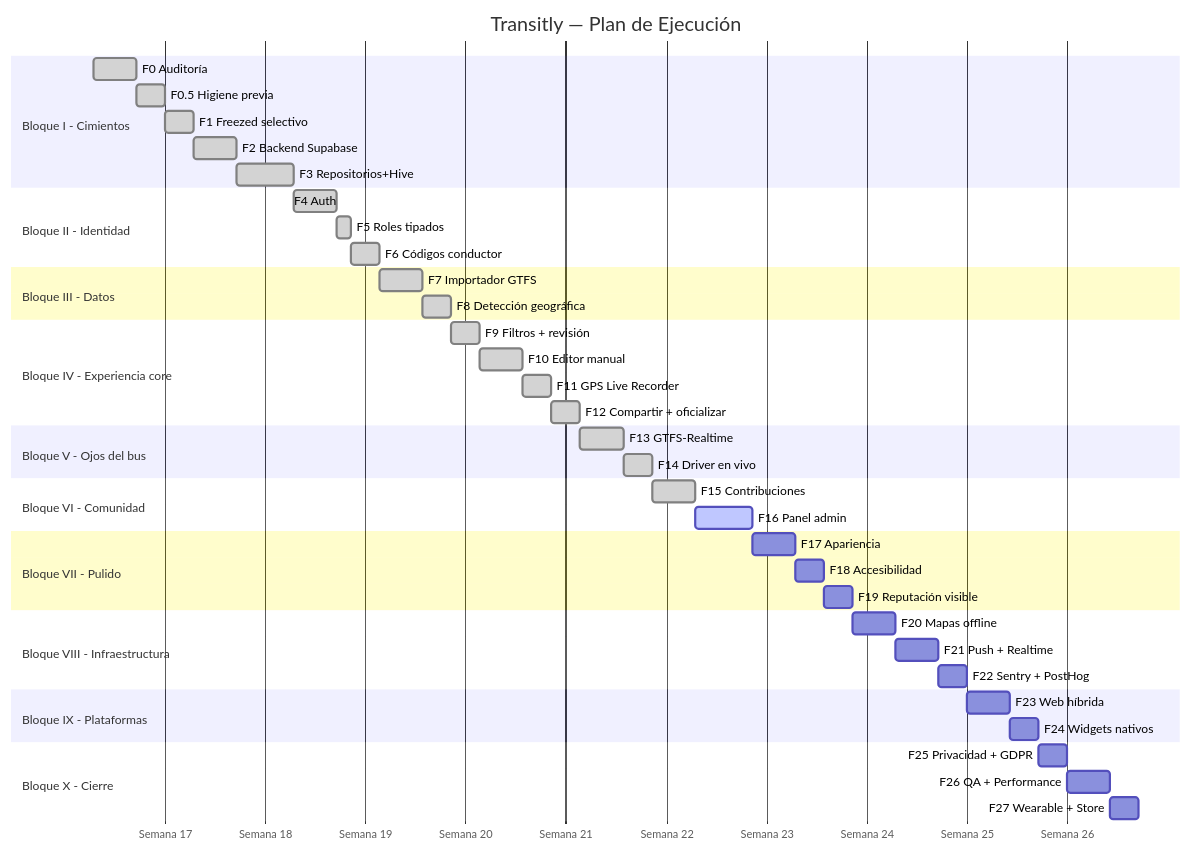
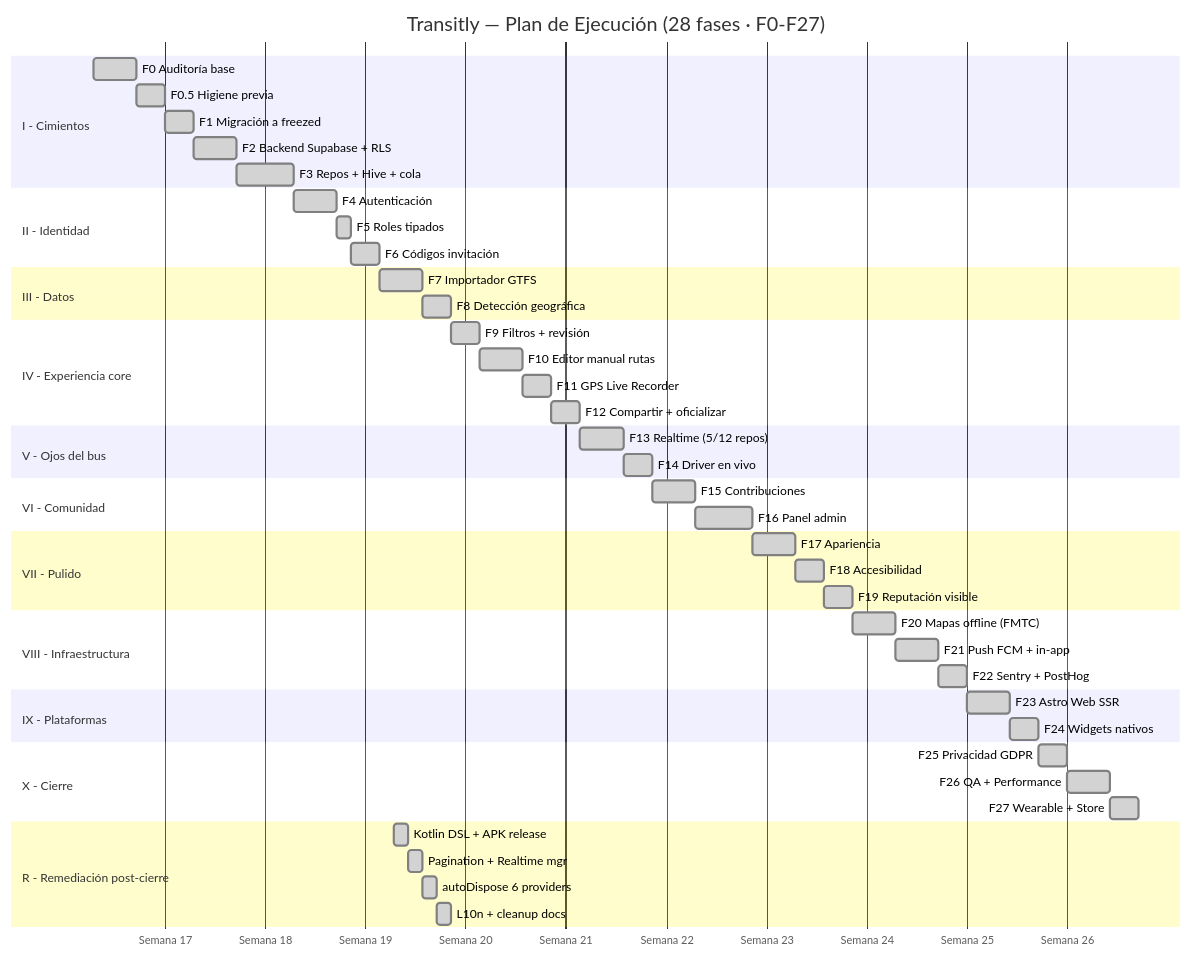
One commit to astralk9999/Transitly changed the diagram in docs/tfg/03_planificacion.md. Above: the diagram before and after it, drawn with Mermaid. The commit also changed other lines of this file and 7 other files, not shown here.

````diff
--- a/docs/tfg/03_planificacion.md
+++ b/docs/tfg/03_planificacion.md
@@ -10,55 +11,61 @@
 ```mermaid
 gantt
-    title Transitly — Plan de Ejecución
+    title Transitly — Plan de Ejecución (28 fases · F0-F27)
     dateFormat  YYYY-MM-DD
     axisFormat  Semana %W
-    
-    section Bloque I - Cimientos
-    F0 Auditoría           :done, f0, 2026-04-28, 3d
-    F0.5 Higiene previa    :done, f05, after f0, 2d
-    F1 Freezed selectivo   :done, f1, after f05, 2d
-    F2 Backend Supabase    :done, f2, after f1, 3d
-    F3 Repositorios+Hive   :done, f3, after f2, 4d
 
-    section Bloque II - Identidad
-    F4 Auth                :done, f4, after f3, 3d
-    F5 Roles tipados       :done, f5, after f4, 1d
-    F6 Códigos conductor   :done, f6, after f5, 2d
+    section I - Cimientos
+    F0  Auditoría base          :done, f0,  2026-04-28, 3d
+    F0.5 Higiene previa         :done, f05, after f0, 2d
+    F1  Migración a freezed     :done, f1,  after f05, 2d
+    F2  Backend Supabase + RLS  :done, f2,  after f1, 3d
+    F3  Repos + Hive + cola     :done, f3,  after f2, 4d
 
-    section Bloque III - Datos
-    F7 Importador GTFS     :done, f7, after f6, 3d
-    F8 Detección geográfica:done, f8, after f7, 2d
+    section II - Identidad
+    F4  Autenticación           :done, f4,  after f3, 3d
+    F5  Roles tipados           :done, f5,  after f4, 1d
+    F6  Códigos invitación      :done, f6,  after f5, 2d
 
-    section Bloque IV - Experiencia core
-    F9 Filtros + revisión  :done, f9, after f8, 2d
-    F10 Editor manual      :done, f10, after f9, 3d
-    F11 GPS Live Recorder  :done, f11, after f10, 2d
+    section III - Datos
+    F7  Importador GTFS         :done, f7,  after f6, 3d
+    F8  Detección geográfica    :done, f8,  after f7, 2d
+
+    section IV - Experiencia core
+    F9  Filtros + revisión      :done, f9,  after f8, 2d
+    F10 Editor manual rutas     :done, f10, after f9, 3d
+    F11 GPS Live Recorder       :done, f11, after f10, 2d
     F12 Compartir + oficializar :done, f12, after f11, 2d
 
-    section Bloque V - Ojos del bus
-    F13 GTFS-Realtime      :done, f13, after f12, 3d
-    F14 Driver en vivo     :done, f14, after f13, 2d
+    section V - Ojos del bus
+    F13 Realtime (5/12 repos)   :done, f13, after f12, 3d
+    F14 Driver en vivo          :done, f14, after f13, 2d
 
-    section Bloque VI - Comunidad
-    F15 Contribuciones     :done, f15, after f14, 3d
-    F16 Panel admin        :active, f16, after f15, 4d
+    section VI - Comunidad
+    F15 Contribuciones          :done, f15, after f14, 3d
+    F16 Panel admin             :done, f16, after f15, 4d
 
-    section Bloque VII - Pulido
-    F17 Apariencia         :f17, after f16, 3d
-    F18 Accesibilidad      :f18, after f17, 2d
-    F19 Reputación visible :f19, after f18, 2d
+    section VII - Pulido
+    F17 Apariencia              :done, f17, after f16, 3d
+    F18 Accesibilidad           :done, f18, after f17, 2d
+    F19 Reputación visible      :done, f19, after f18, 2d
 
-    section Bloque VIII - Infraestructura
-    F20 Mapas offline      :f20, after f19, 3d
-    F21 Push + Realtime    :f21, after f20, 3d
-    F22 Sentry + PostHog   :f22, after f21, 2d
+    section VIII - Infraestructura
+    F20 Mapas offline (FMTC)    :done, f20, after f19, 3d
+    F21 Push FCM + in-app       :done, f21, after f20, 3d
+    F22 Sentry + PostHog        :done, f22, after f21, 2d
 
-    section Bloque IX - Plataformas
-    F23 Web híbrida        :f23, after f22, 3d
-    F24 Widgets nativos    :f24, after f23, 2d
+    section IX - Plataformas
+    F23 Astro Web SSR           :done, f23, after f22, 3d
+    F24 Widgets nativos         :done, f24, after f23, 2d
 
-    section Bloque X - Cierre
-    F25 Privacidad + GDPR  :f25, after f24, 2d
-    F26 QA + Performance   :f26, after f25, 3d
-    F27 Wearable + Store   :f27, after f26, 2d
+    section X - Cierre
+    F25 Privacidad GDPR         :done, f25, after f24, 2d
+    F26 QA + Performance        :done, f26, after f25, 3d
+    F27 Wearable + Store        :done, f27, after f26, 2d
+
+    section R - Remediación post-cierre
+    Kotlin DSL + APK release    :done, r1,  2026-05-19, 1d
+    Pagination + Realtime mgr   :done, r2,  after r1, 1d
+    autoDispose 6 providers     :done, r3,  after r2, 1d
+    L10n + cleanup docs         :done, r4,  after r3, 1d
 ```
````
